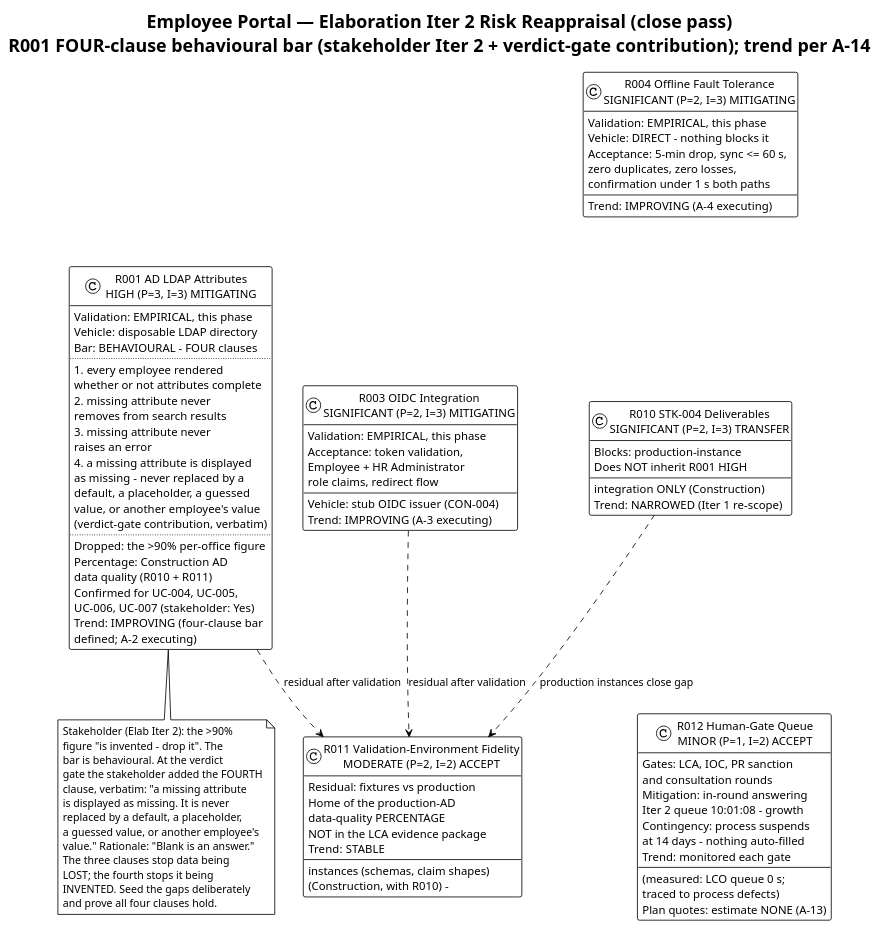
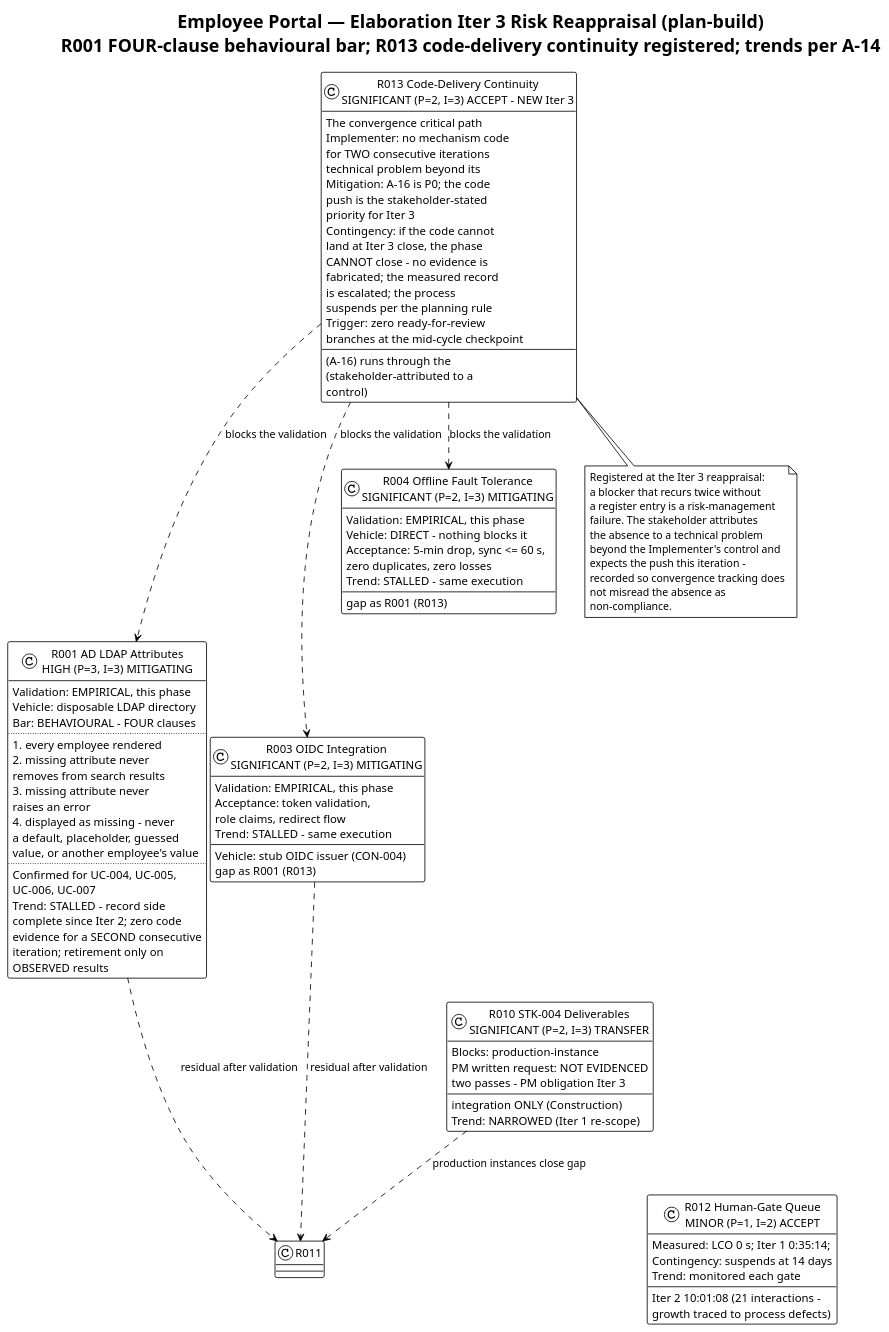
The second of 2 diagrams in docs/artifacts/project-management/risk-list.md (banense-test/employee-portal), drawn with PlantUML before and after one commit. The commit also changed other lines of this file, not shown here.

Commit message:
Project Manager [E3]: upsert Risk List
[skip ci]

````diff
--- a/docs/artifacts/project-management/risk-list.md
+++ b/docs/artifacts/project-management/risk-list.md
@@ -142,7 +149,7 @@
 ```plantuml
 @startuml
 !theme plain
-title Employee Portal — Elaboration Iter 2 Risk Reappraisal (close pass)\nR001 FOUR-clause behavioural bar (stakeholder Iter 2 + verdict-gate contribution); trend per A-14
+title Employee Portal — Elaboration Iter 3 Risk Reappraisal (plan-build)\nR001 FOUR-clause behavioural bar; R013 code-delivery continuity registered; trends per A-14
 
 class "R001 AD LDAP Attributes\nHIGH (P=3, I=3) MITIGATING" as R001 {
   Validation: EMPIRICAL, this phase
@@ -150,94 +157,99 @@
   Bar: BEHAVIOURAL - FOUR clauses
   ..
   1. every employee rendered
-     whether or not attributes complete
   2. missing attribute never
      removes from search results
   3. missing attribute never
      raises an error
-  4. a missing attribute is displayed
-     as missing - never replaced by a
-     default, a placeholder, a guessed
+  4. displayed as missing - never
+     a default, placeholder, guessed
      value, or another employee's value
-     (verdict-gate contribution, verbatim)
   ..
-  Dropped: the >90% per-office figure
-  Percentage: Construction AD
-  data quality (R010 + R011)
   Confirmed for UC-004, UC-005,
-  UC-006, UC-007 (stakeholder: Yes)
-  Trend: IMPROVING (four-clause bar
-  defined; A-2 executing)
+  UC-006, UC-007
+  Trend: STALLED - record side
+  complete since Iter 2; zero code
+  evidence for a SECOND consecutive
+  iteration; retirement only on
+  OBSERVED results
 }
 
 class "R003 OIDC Integration\nSIGNIFICANT (P=2, I=3) MITIGATING" as R003 {
   Validation: EMPIRICAL, this phase
   Vehicle: stub OIDC issuer (CON-004)
   Acceptance: token validation,
-  Employee + HR Administrator
   role claims, redirect flow
-  Trend: IMPROVING (A-3 executing)
+  Trend: STALLED - same execution
+  gap as R001 (R013)
 }
 
 class "R004 Offline Fault Tolerance\nSIGNIFICANT (P=2, I=3) MITIGATING" as R004 {
   Validation: EMPIRICAL, this phase
   Vehicle: DIRECT - nothing blocks it
   Acceptance: 5-min drop, sync <= 60 s,
-  zero duplicates, zero losses,
-  confirmation under 1 s both paths
-  Trend: IMPROVING (A-4 executing)
+  zero duplicates, zero losses
+  Trend: STALLED - same execution
+  gap as R001 (R013)
+}
+
+class "R013 Code-Delivery Continuity\nSIGNIFICANT (P=2, I=3) ACCEPT - NEW Iter 3" as R013 {
+  The convergence critical path
+  (A-16) runs through the
+  Implementer: no mechanism code
+  for TWO consecutive iterations
+  (stakeholder-attributed to a
+  technical problem beyond its
+  control)
+  Mitigation: A-16 is P0; the code
+  push is the stakeholder-stated
+  priority for Iter 3
+  Contingency: if the code cannot
+  land at Iter 3 close, the phase
+  CANNOT close - no evidence is
+  fabricated; the measured record
+  is escalated; the process
+  suspends per the planning rule
+  Trigger: zero ready-for-review
+  branches at the mid-cycle checkpoint
 }
 
 class "R010 STK-004 Deliverables\nSIGNIFICANT (P=2, I=3) TRANSFER" as R010 {
   Blocks: production-instance
   integration ONLY (Construction)
-  Does NOT inherit R001 HIGH
+  PM written request: NOT EVIDENCED
+  two passes - PM obligation Iter 3
   Trend: NARROWED (Iter 1 re-scope)
 }
 
-class "R011 Validation-Environment Fidelity\nMODERATE (P=2, I=2) ACCEPT" as R011 {
-  Residual: fixtures vs production
-  instances (schemas, claim shapes)
-  Home of the production-AD
-  data-quality PERCENTAGE
-  (Construction, with R010) -
-  NOT in the LCA evidence package
-  Trend: STABLE
-}
-
 class "R012 Human-Gate Queue\nMINOR (P=1, I=2) ACCEPT" as R012 {
-  Gates: LCA, IOC, PR sanction
-  and consultation rounds
-  Mitigation: in-round answering
-  (measured: LCO queue 0 s;
-  Iter 2 queue 10:01:08 - growth
-  traced to process defects)
-  Contingency: process suspends
-  at 14 days - nothing auto-filled
-  Plan quotes: estimate NONE (A-13)
+  Measured: LCO 0 s; Iter 1 0:35:14;
+  Iter 2 10:01:08 (21 interactions -
+  growth traced to process defects)
+  Contingency: suspends at 14 days
   Trend: monitored each gate
 }
 
+R013 ..> R001 : blocks the validation
+R013 ..> R003 : blocks the validation
+R013 ..> R004 : blocks the validation
 R001 ..> R011 : residual after validation
 R003 ..> R011 : residual after validation
 R010 ..> R011 : production instances close gap
 R004 -[hidden]-> R010
 R010 -[hidden]-> R012
+R012 -[hidden]-> R013
 
-note bottom of R001
-  Stakeholder (Elab Iter 2): the >90%
-  figure "is invented - drop it". The
-  bar is behavioural. At the verdict
-  gate the stakeholder added the FOURTH
-  clause, verbatim: "a missing attribute
-  is displayed as missing. It is never
-  replaced by a default, a placeholder,
-  a guessed value, or another employee's
-  value." Rationale: "Blank is an answer."
-  The three clauses stop data being
-  LOST; the fourth stops it being
-  INVENTED. Seed the gaps deliberately
-  and prove all four clauses hold.
+note bottom of R013
+  Registered at the Iter 3 reappraisal:
+  a blocker that recurs twice without
+  a register entry is a risk-management
+  failure. The stakeholder attributes
+  the absence to a technical problem
+  beyond the Implementer's control and
+  expects the push this iteration -
+  recorded so convergence tracking does
+  not misread the absence as
+  non-compliance.
 end note
 @enduml
 ```
````
